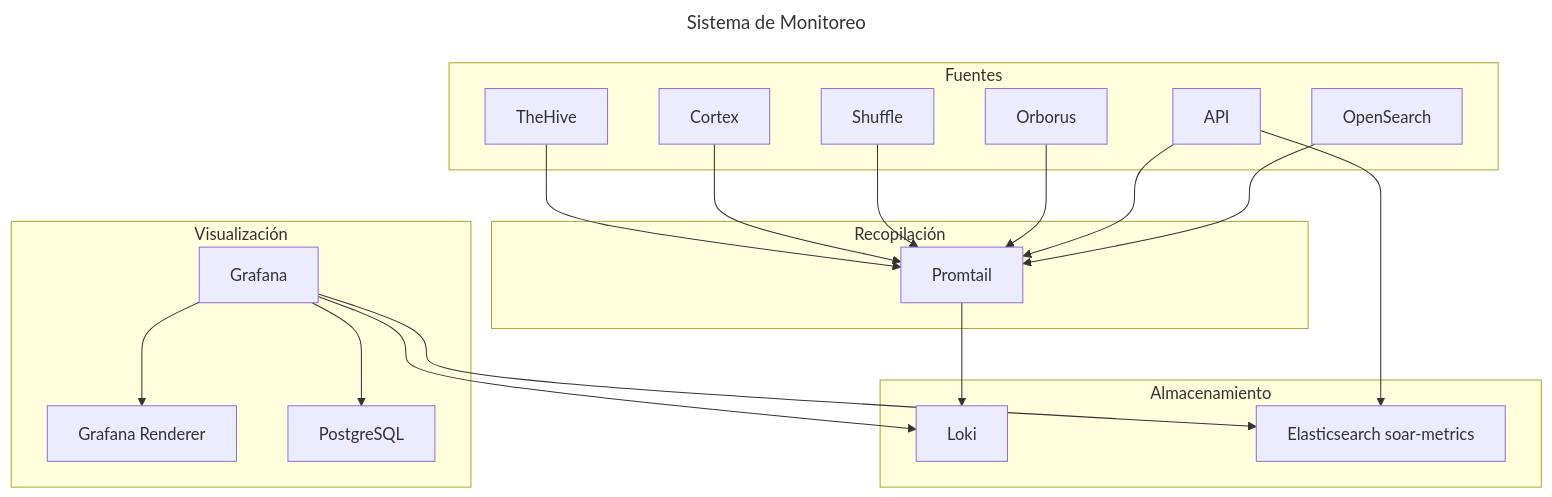
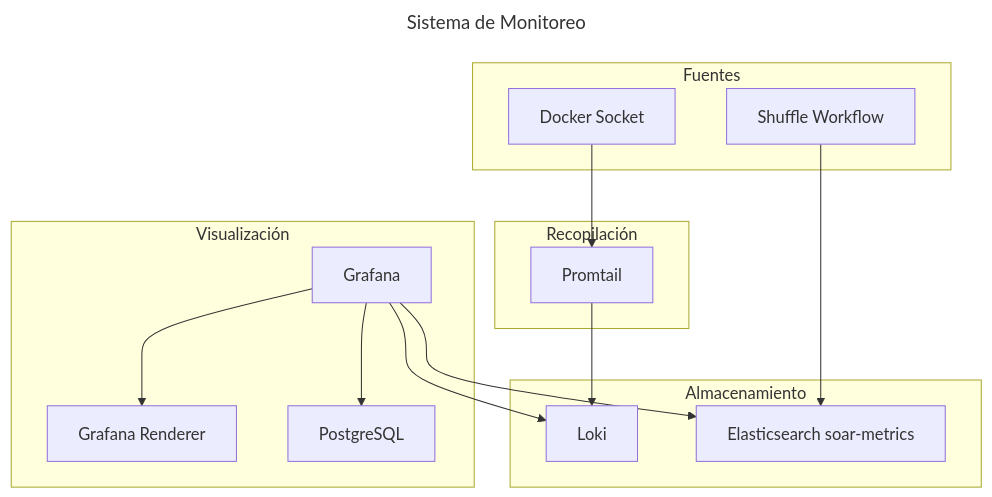
One commit to alesanfe/soar-ransomware-lab changed the sixth of 6 diagrams in docs/thesis/specific_development.md. Above: the diagram before and after it, drawn with Mermaid. The commit also changed other lines of this file, not shown here.

First paragraph of the commit message:
docs(thesis): corregir diagrama Sistema de Monitoreo (verificacion 2)
Verificado contra promtail-config.yml y grafana-datasources.yml.

````diff
--- a/docs/thesis/specific_development.md
+++ b/docs/thesis/specific_development.md
@@ -432,42 +432,33 @@
 ```mermaid
 ---
 title: Sistema de Monitoreo
 ---
 graph TD
     subgraph Recopilación
         P1[Promtail]
     end
 
     subgraph Almacenamiento
         L1[Loki]
         ES[Elasticsearch soar-metrics]
     end
 
     subgraph Visualización
         G1[Grafana]
         GR[Grafana Renderer]
         PG[PostgreSQL]
     end
 
     subgraph Fuentes
-        C1[TheHive]
-        C2[Cortex]
-        C3[Shuffle]
-        C4[Orborus]
-        C5[API]
-        C6[OpenSearch]
+        DK[Docker Socket]
+        SH[Shuffle Workflow]
     end
 
-    C1 --> P1
-    C2 --> P1
-    C3 --> P1
-    C4 --> P1
-    C5 --> P1
-    C6 --> P1
+    DK --> P1
     P1 --> L1
-    C5 --> ES
+    SH --> ES
     G1 --> L1
     G1 --> ES
     G1 --> PG
     G1 --> GR
 ```
````
